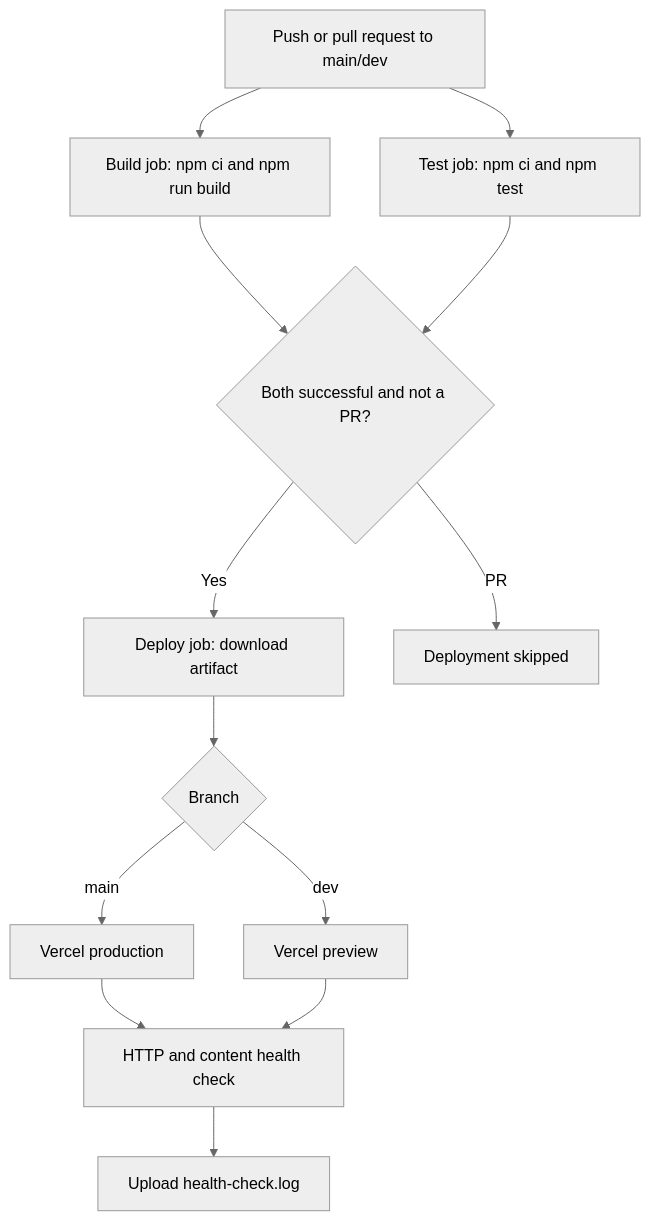
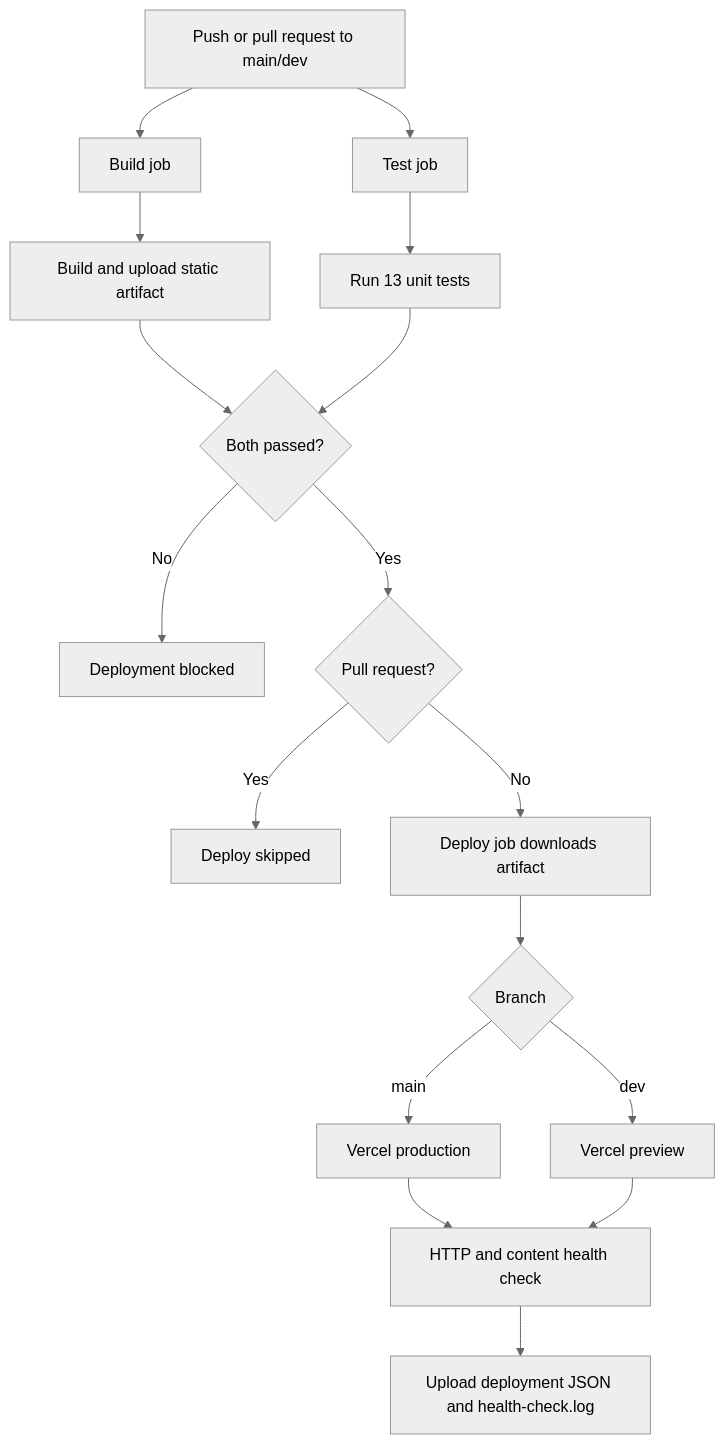
Before and after one commit to tsurts/university-devops-calculator: the diagram in README.md, drawn with Mermaid (neutral theme). The commit also changed other lines of this file and 7 other files, not shown here.

```diff
--- a/README.md
+++ b/README.md
@@ -52,15 +81,19 @@
 ~~~mermaid
 flowchart TD
-    A[Push or pull request to main/dev] --> B[Build job: npm ci and npm run build]
-    A --> C[Test job: npm ci and npm test]
-    B --> D{Both successful and not a PR?}
-    C --> D
-    D -->|Yes| E[Deploy job: download artifact]
-    E --> F{Branch}
-    F -->|main| G[Vercel production]
-    F -->|dev| H[Vercel preview]
-    G --> I[HTTP and content health check]
-    H --> I
-    I --> J[Upload health-check.log]
-    D -->|PR| K[Deployment skipped]
+    A[Push or pull request to main/dev] --> B[Build job]
+    A --> C[Test job]
+    B --> B1[Build and upload static artifact]
+    C --> C1[Run 13 unit tests]
+    B1 --> D{Both passed?}
+    C1 --> D
+    D -->|No| X[Deployment blocked]
+    D -->|Yes| E{Pull request?}
+    E -->|Yes| F[Deploy skipped]
+    E -->|No| G[Deploy job downloads artifact]
+    G --> H{Branch}
+    H -->|main| I[Vercel production]
+    H -->|dev| J[Vercel preview]
+    I --> K[HTTP and content health check]
+    J --> K
+    K --> L[Upload deployment JSON and health-check.log]
 ~~~
```
